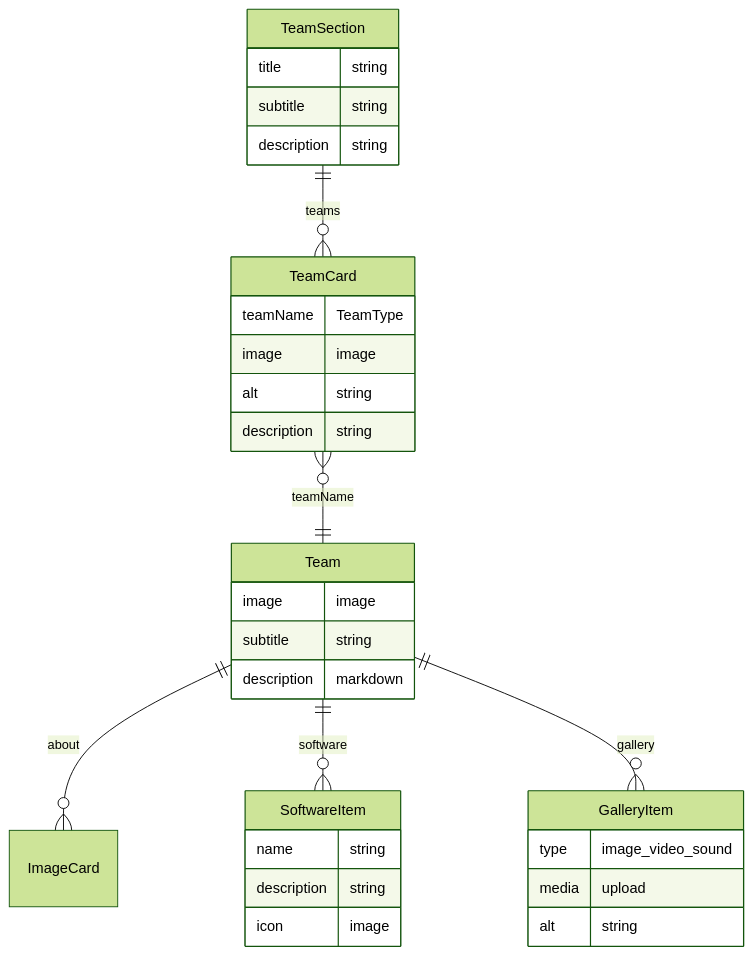
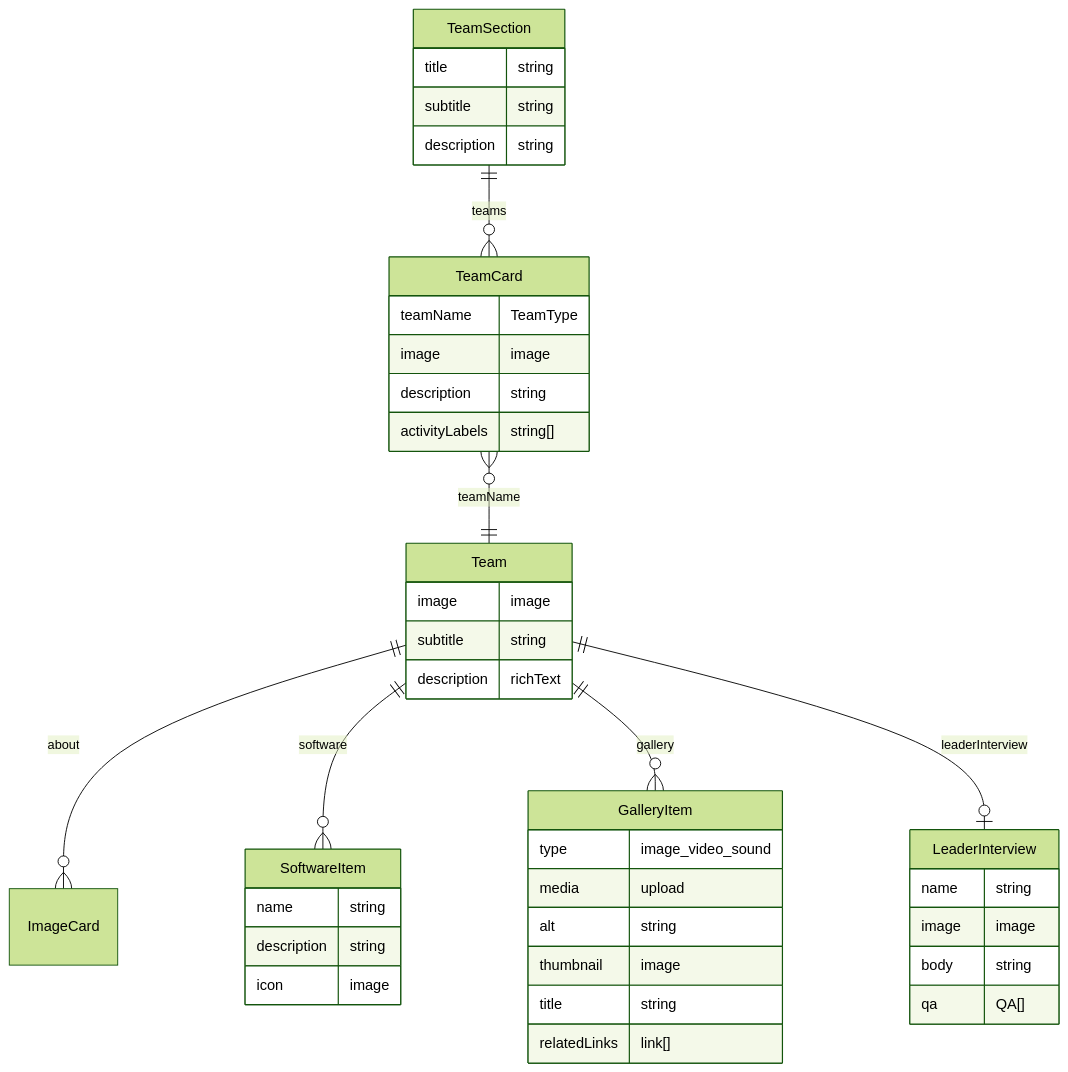
Before and after one commit to src-system/tdu-src-website: the fourth of 7 diagrams in docs/api/api.md, drawn with Mermaid (forest theme). The commit also changed other lines of this file and 37 other files, not shown here.

````diff
--- a/docs/api/api.md
+++ b/docs/api/api.md
@@ -46,39 +92,50 @@
 ```mermaid
 erDiagram
     TeamSection ||--o{ TeamCard : "teams"
     TeamCard }o--|| Team : "teamName"
     Team ||--o{ ImageCard : "about"
     Team ||--o{ SoftwareItem : "software"
     Team ||--o{ GalleryItem : "gallery"
+    Team ||--o| LeaderInterview : "leaderInterview"
 
     TeamSection {
         title string
         subtitle string
         description string
     }
 
     TeamCard {
         teamName TeamType
         image image
-        alt string
         description string
+        activityLabels string[]
     }
 
     Team {
         image image
         subtitle string
-        description markdown
+        description richText
     }
 
     SoftwareItem {
         name string
         description string
         icon image
     }
 
     GalleryItem {
         type image_video_sound
         media upload
         alt string
+        thumbnail image
+        title string
+        relatedLinks link[]
+    }
+
+    LeaderInterview {
+        name string
+        image image
+        body string
+        qa QA[]
     }
 ```
````
